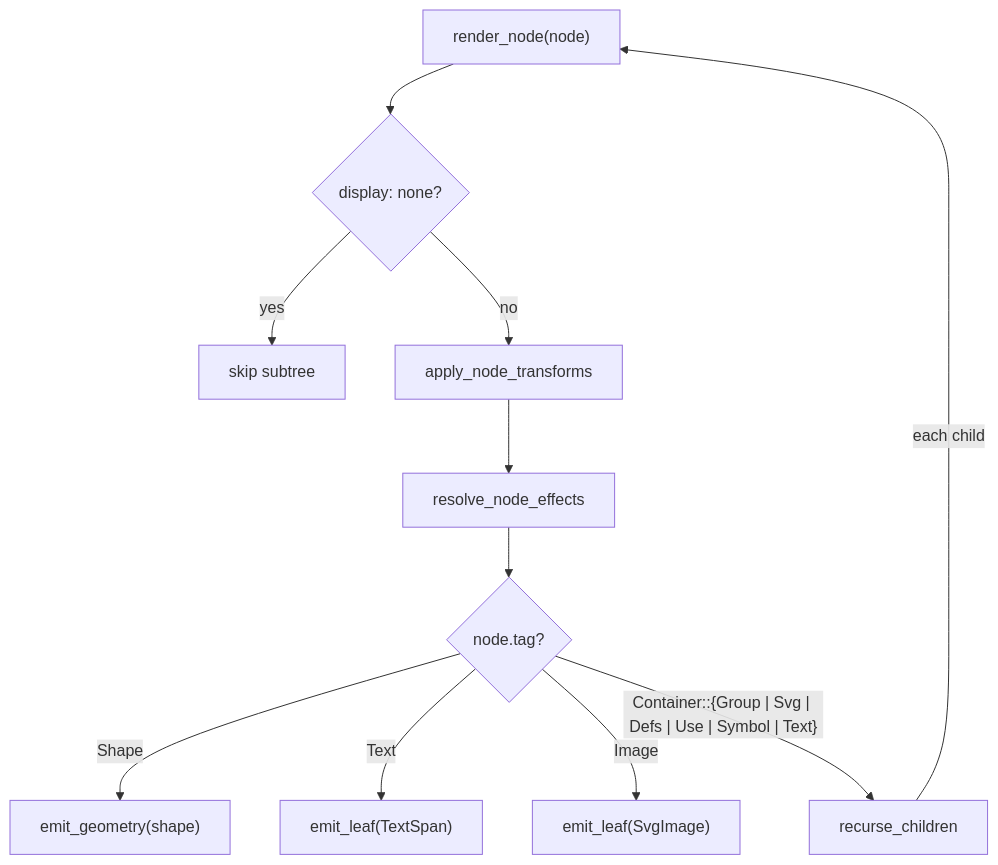
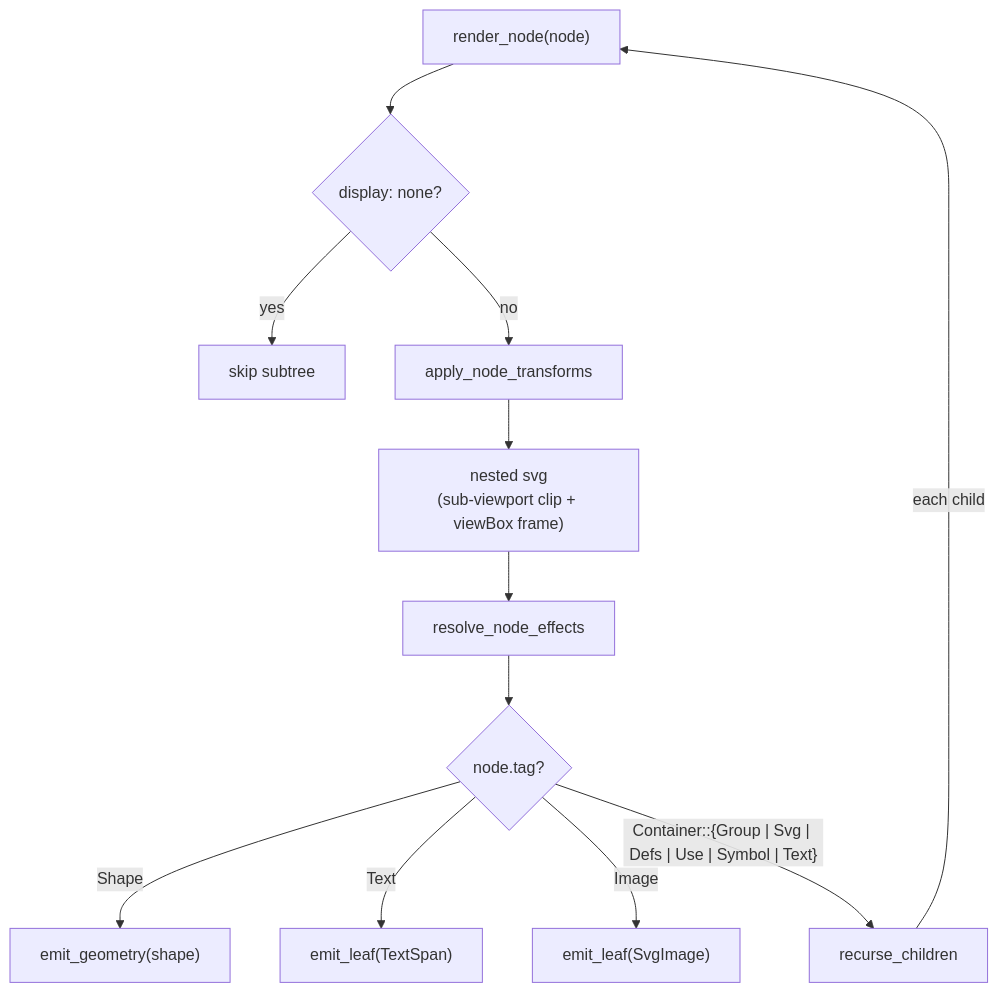
The fourth of 7 diagrams in components/svg_engine/README.md (mu-mostafa98/servo), drawn with Mermaid before and after one commit. The commit also changed other lines of this file, not shown here.

````diff
--- a/components/svg_engine/README.md
+++ b/components/svg_engine/README.md
@@ -192,13 +193,14 @@
 ```mermaid
 flowchart TD
     A["render_node(node)"] --> B{"display: none?"}
     B -- "yes" --> END["skip subtree"]
     B -- "no" --> C["apply_node_transforms"]
-    C --> E["resolve_node_effects"]
+    C --> C2["nested svg<br/>(sub-viewport clip + viewBox frame)"]
+    C2 --> E["resolve_node_effects"]
     E --> G{"node.tag?"}
     G -- "Shape" --> H["emit_geometry(shape)"]
     G -- "Text" --> I["emit_leaf(TextSpan)"]
     G -- "Image" --> J["emit_leaf(SvgImage)"]
     G -- "Container::{Group | Svg | Defs | Use | Symbol | Text}" --> L["recurse_children"]
     L -- "each child" --> A
 ```
````
